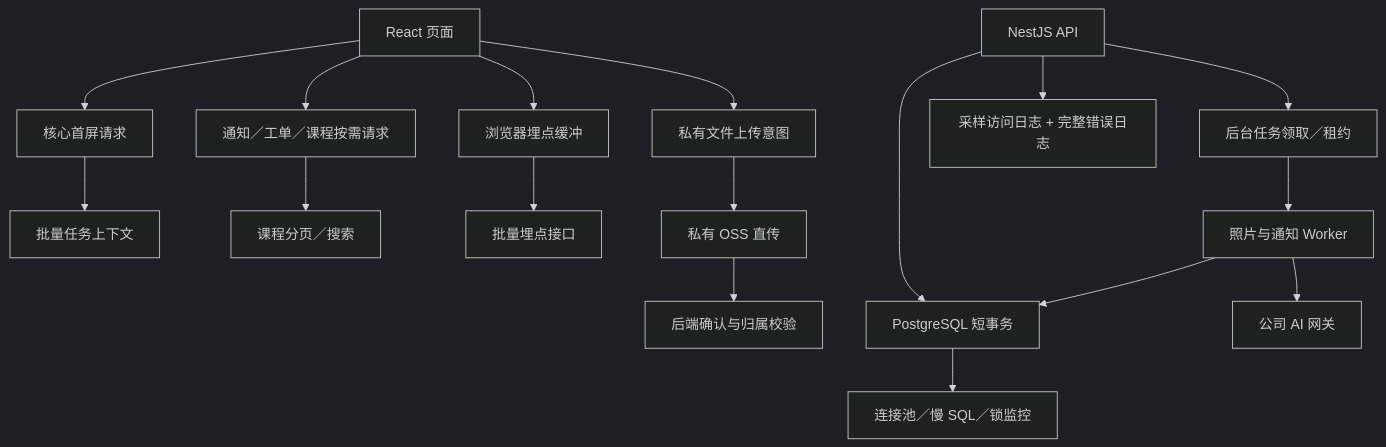
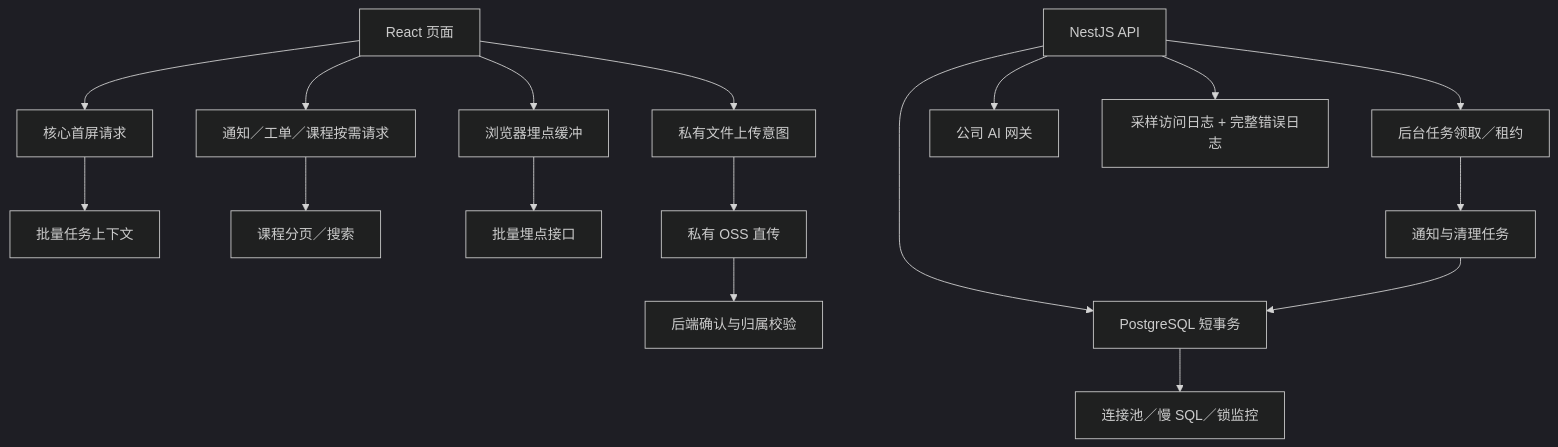
Before and after one commit to Endluca/TiDe: the diagram in teacher/docs/技术方案/05_整体性能优化方案.md, drawn with Mermaid (dark theme). The commit also changed other lines of this file and 192 other files, not shown here.

````diff
--- a/teacher/docs/技术方案/05_整体性能优化方案.md
+++ b/teacher/docs/技术方案/05_整体性能优化方案.md
@@ -96,23 +96,23 @@
 ```mermaid
 flowchart TB
     UI["React 页面"] --> Core["核心首屏请求"]
     UI --> Deferred["通知／工单／课程按需请求"]
     Core --> BatchTask["批量任务上下文"]
     Deferred --> PagedCourse["课程分页／搜索"]
 
     UI --> EventBuffer["浏览器埋点缓冲"]
     EventBuffer --> EventBatch["批量埋点接口"]
 
     UI --> UploadIntent["私有文件上传意图"]
     UploadIntent --> OSS["私有 OSS 直传"]
     OSS --> Complete["后端确认与归属校验"]
 
     API["NestJS API"] --> DB["PostgreSQL 短事务"]
     API --> JobLease["后台任务领取／租约"]
-    JobLease --> Worker["照片与通知 Worker"]
-    Worker --> AI["公司 AI 网关"]
+    JobLease --> Worker["通知与清理任务"]
     Worker --> DB
+    API --> AI["公司 AI 网关"]
 
     DB --> Metrics["连接池／慢 SQL／锁监控"]
     API --> Logs["采样访问日志 + 完整错误日志"]
 ```
````
